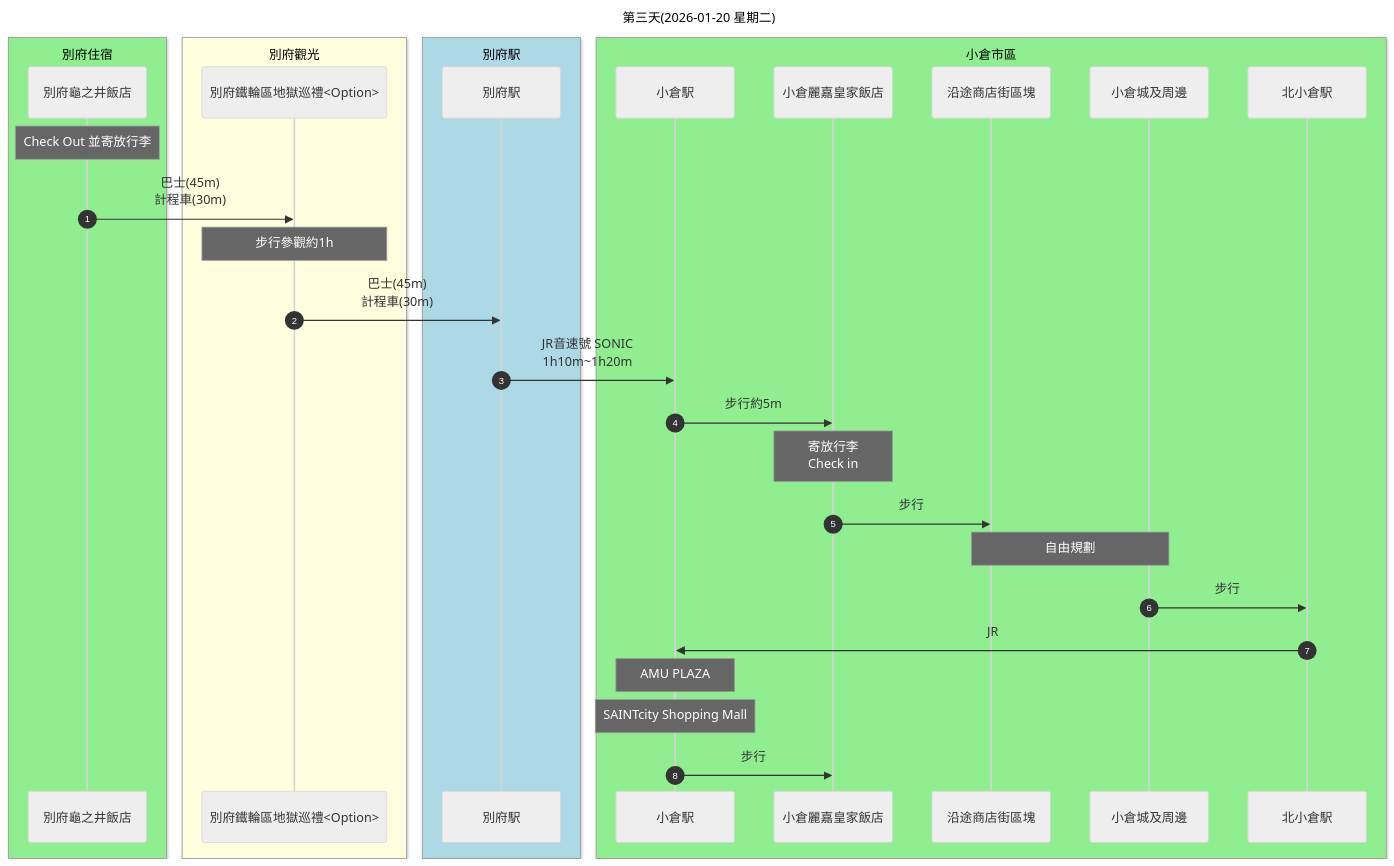
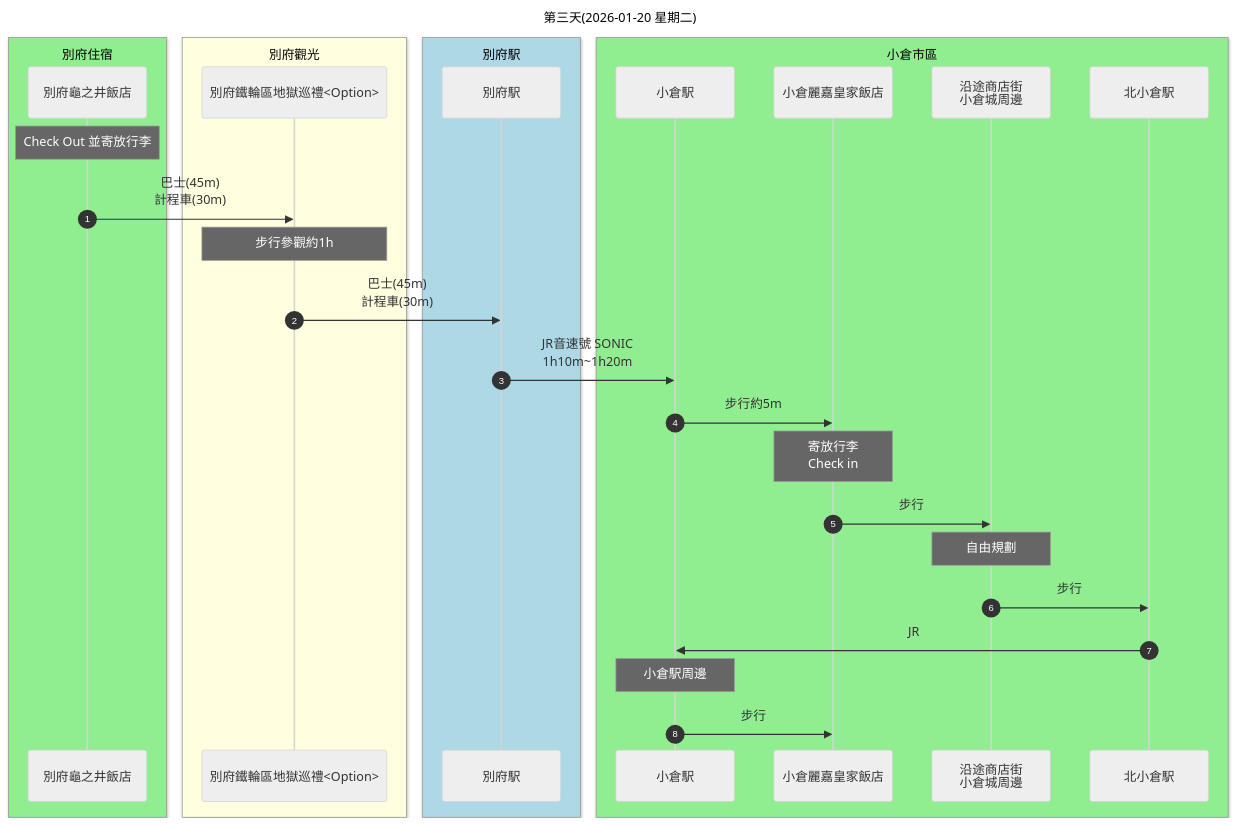
One commit to Shuming-Yang/2026-January-Trip changed the third of 6 diagrams in 行程規劃A.md. Above: the diagram before and after it, drawn with Mermaid (neutral theme). The commit also changed other lines of this file, not shown here.

````diff
--- a/行程規劃A.md
+++ b/行程規劃A.md
@@ -116,36 +116,34 @@
 ```mermaid
 sequenceDiagram
     autonumber
     title: 第三天(2026-01-20 星期二)
     box lightgreen 別府住宿
     participant A as 別府龜之井飯店
     end
     box lightyellow 別府觀光
     participant B as 別府鐵輪區地獄巡禮<Option>
     end
     box lightblue 別府駅
     participant C as 別府駅
     end
     box lightgreen 小倉市區
     participant D as 小倉駅
     participant E as 小倉麗嘉皇家飯店
-    participant F as 沿途商店街區塊
-    participant G as 小倉城及周邊
-    participant H as 北小倉駅
+    participant F as 沿途商店街<br>小倉城周邊
+    participant G as 北小倉駅
     end
     Note over A: Check Out 並寄放行李
     A ->> B: 巴士(45m)<br>計程車(30m)
     Note over B: 步行參觀約1h
     B ->> C: 巴士(45m)<br>計程車(30m)
     C ->> D: JR音速號 SONIC<br>1h10m~1h20m
     D ->> E: 步行約5m
     Note over E: 寄放行李<br>Check in
     E ->> F: 步行
-    Note over F, G: 自由規劃
-    G ->> H: 步行
-    H ->> D: JR
-    Note over D: AMU PLAZA
-    Note over D: SAINTcity Shopping Mall
+    Note over F: 自由規劃
+    F ->> G: 步行
+    G ->> D: JR
+    Note over D: 小倉駅周邊
     D ->> E: 步行
 
 ```
````
